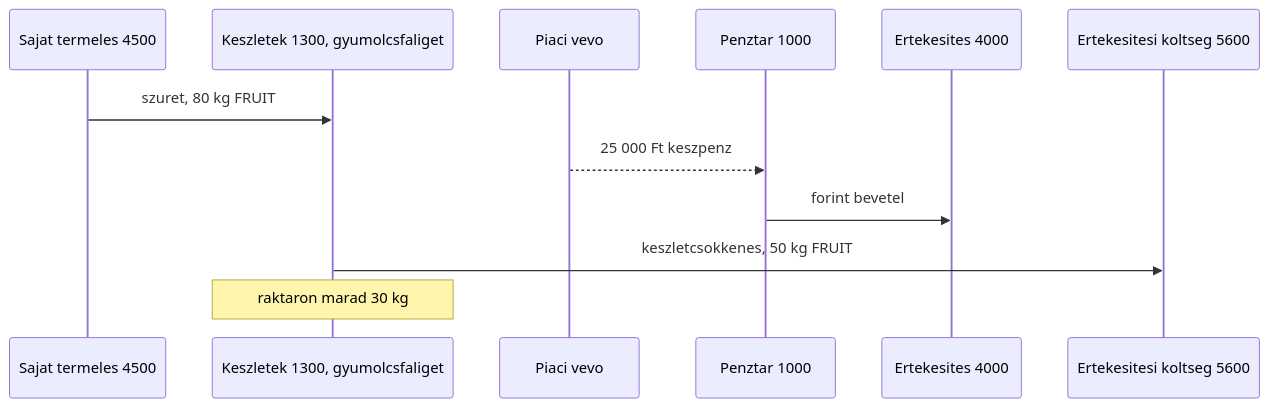
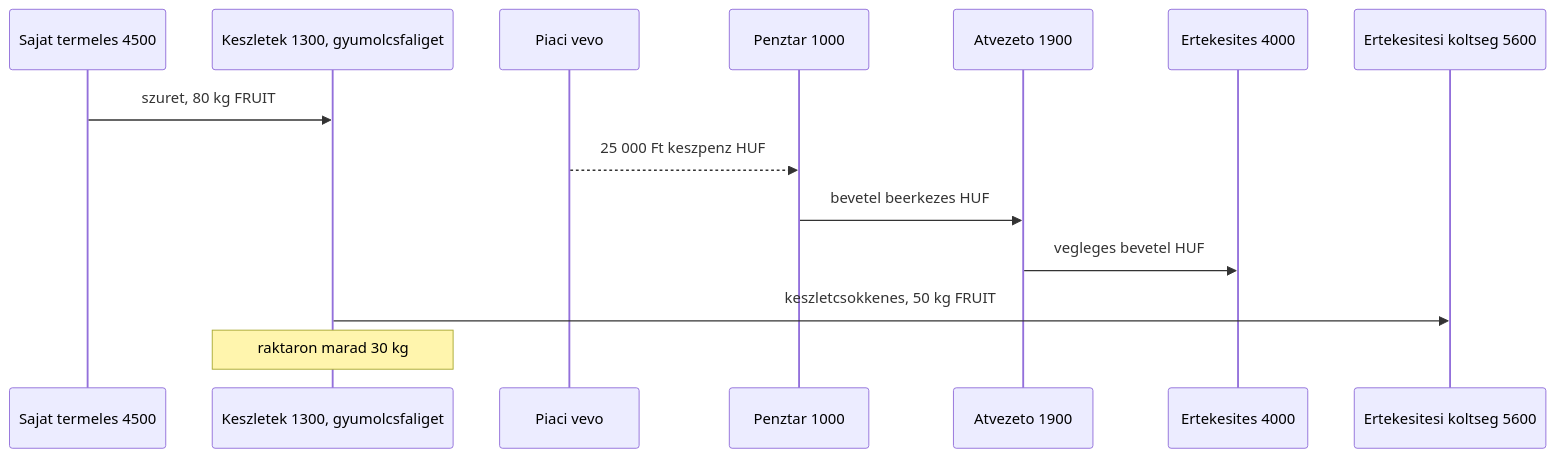
Before and after one commit to pitiboy/curr: the eighth of 17 diagrams in docs/transaction-workflow.md, drawn with Mermaid. The commit also changed other lines of this file, not shown here.

````diff
--- a/docs/transaction-workflow.md
+++ b/docs/transaction-workflow.md
@@ -385,15 +394,17 @@
 ```mermaid
 sequenceDiagram
   participant Allomany as Sajat termeles 4500
   participant Keszlet as Keszletek 1300, gyumolcsfaliget
   participant Piac as Piaci vevo
   participant Penztar as Penztar 1000
+  participant Atv as Atvezeto 1900
   participant Bevetel as Ertekesites 4000
   participant Ert as Ertekesitesi koltseg 5600
 
   Allomany->>Keszlet: szuret, 80 kg FRUIT
-  Piac-->>Penztar: 25 000 Ft keszpenz
-  Penztar->>Bevetel: forint bevetel
+  Piac-->>Penztar: 25 000 Ft keszpenz HUF
+  Penztar->>Atv: bevetel beerkezes HUF
+  Atv->>Bevetel: vegleges bevetel HUF
   Keszlet->>Ert: keszletcsokkenes, 50 kg FRUIT
   Note over Keszlet: raktaron marad 30 kg
 ```
````
